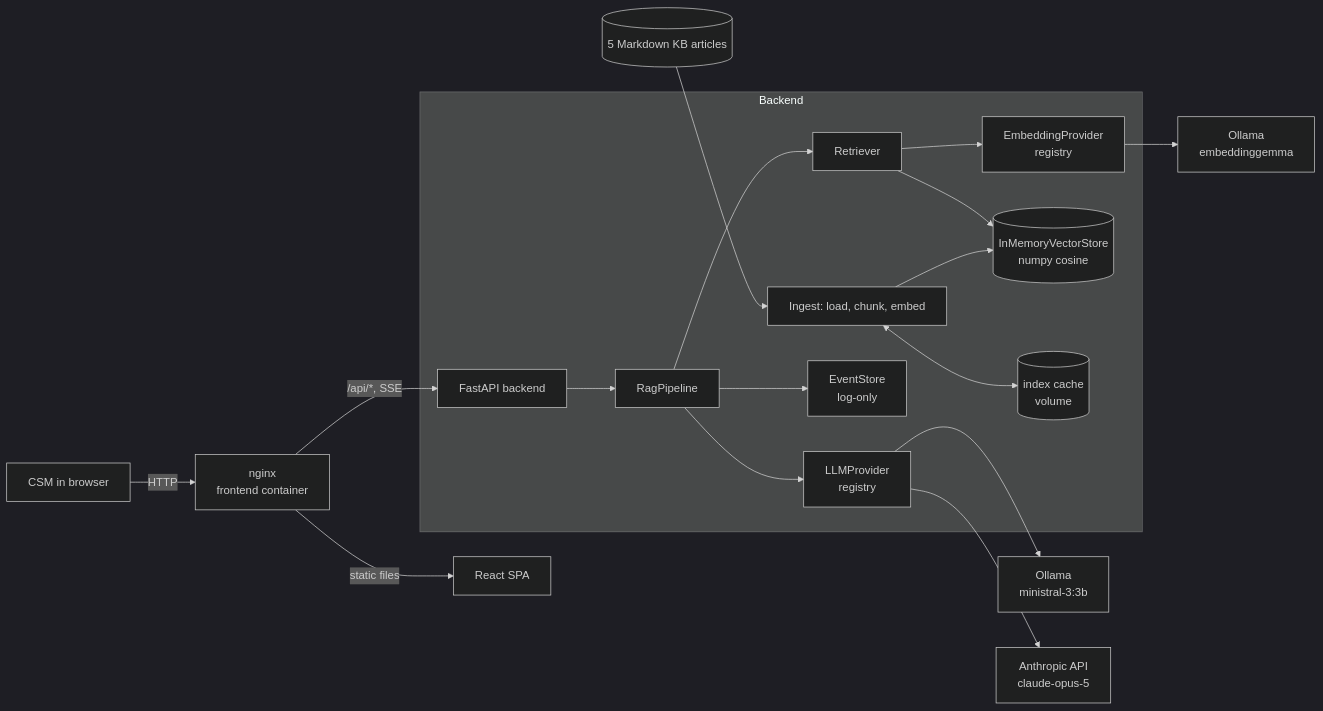
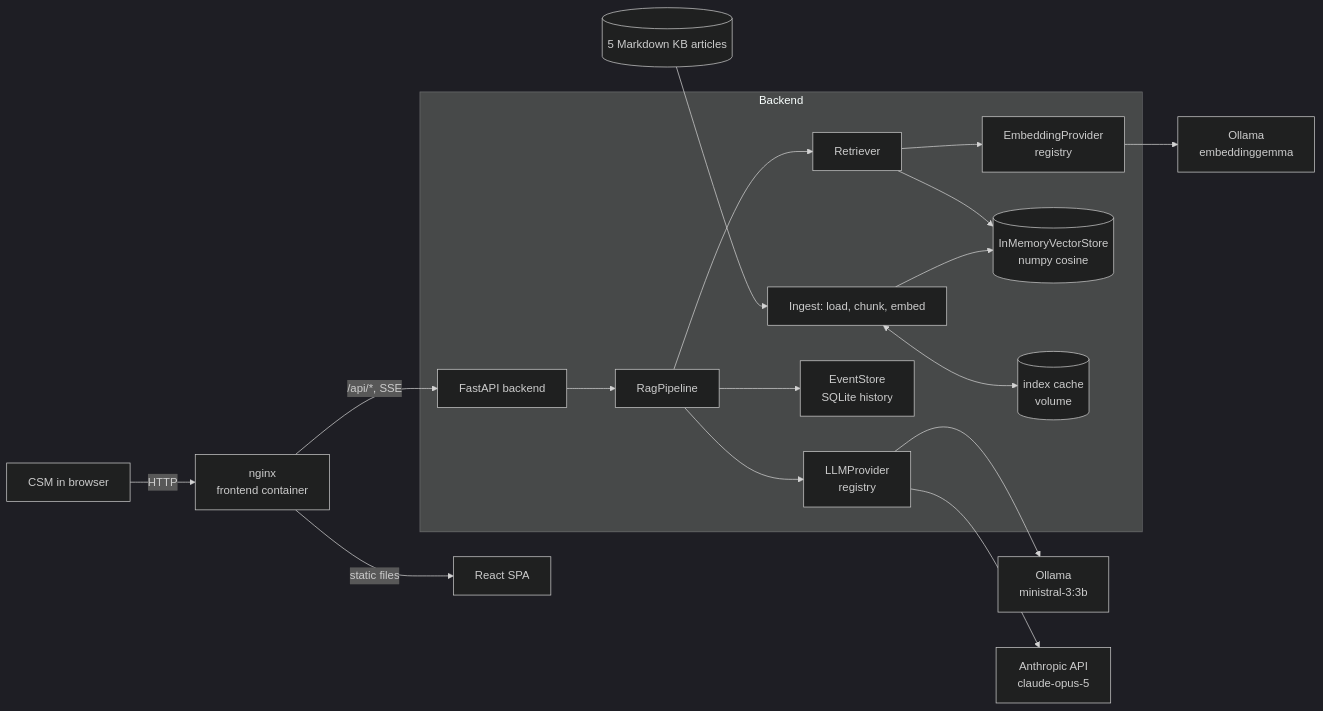
The diagram in README.md (sarkiszhamakortsyan/ep_kb_rag_chatbot), drawn with Mermaid (dark theme) before and after one commit. The commit also changed other lines of this file, not shown here.

````diff
--- a/README.md
+++ b/README.md
@@ -101,22 +84,22 @@
 ```mermaid
 flowchart LR
     U[CSM in browser] -->|HTTP| N[nginx<br/>frontend container]
     N -->|static files| SPA[React SPA]
     N -->|/api/*, SSE| API[FastAPI backend]
 
     subgraph Backend
         API --> P[RagPipeline]
         P --> R[Retriever]
         R --> E[EmbeddingProvider<br/>registry]
         R --> VS[(InMemoryVectorStore<br/>numpy cosine)]
         P --> L[LLMProvider<br/>registry]
-        P --> EV[EventStore<br/>log-only]
+        P --> EV[EventStore<br/>SQLite history]
         I["Ingest: load, chunk, embed"] --> VS
         I <--> C[(index cache<br/>volume)]
     end
 
     E --> O[Ollama<br/>embeddinggemma]
     L --> O2[Ollama<br/>ministral-3:3b]
     L --> A[Anthropic API<br/>claude-opus-5]
     KB[(5 Markdown KB articles)] --> I
 ```
````
